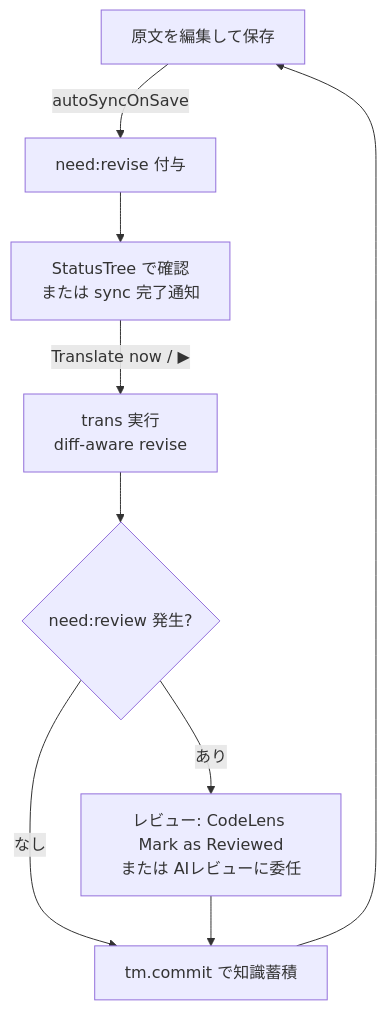
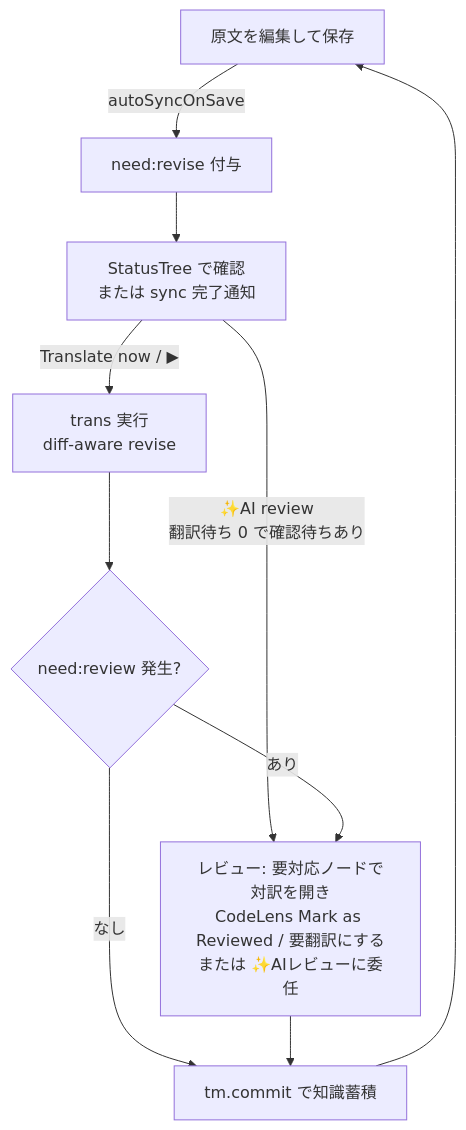
Before and after one commit to mochimochiki/mdait: the second of 2 diagrams in docs/ux.md, drawn with Mermaid. The commit also changed other lines of this file and 54 other files, not shown here.

````diff
--- a/docs/ux.md
+++ b/docs/ux.md
@@ -139,11 +139,12 @@
 ```mermaid
 graph TD
     A[原文を編集して保存] -->|autoSyncOnSave| B[need:revise 付与]
     B --> C[StatusTree で確認<br/>または sync 完了通知]
     C -->|Translate now / ▶| D[trans 実行<br/>diff-aware revise]
+    C -->|✨AI review<br/>翻訳待ち 0 で確認待ちあり| F
     D --> E{need:review 発生?}
-    E -->|あり| F[レビュー: CodeLens Mark as Reviewed<br/>または AIレビューに委任]
+    E -->|あり| F[レビュー: 要対応ノードで対訳を開き<br/>CodeLens Mark as Reviewed / 要翻訳にする<br/>または ✨AIレビューに委任]
     E -->|なし| G[tm.commit で知識蓄積]
     F --> G
     G --> A
 ```
````
